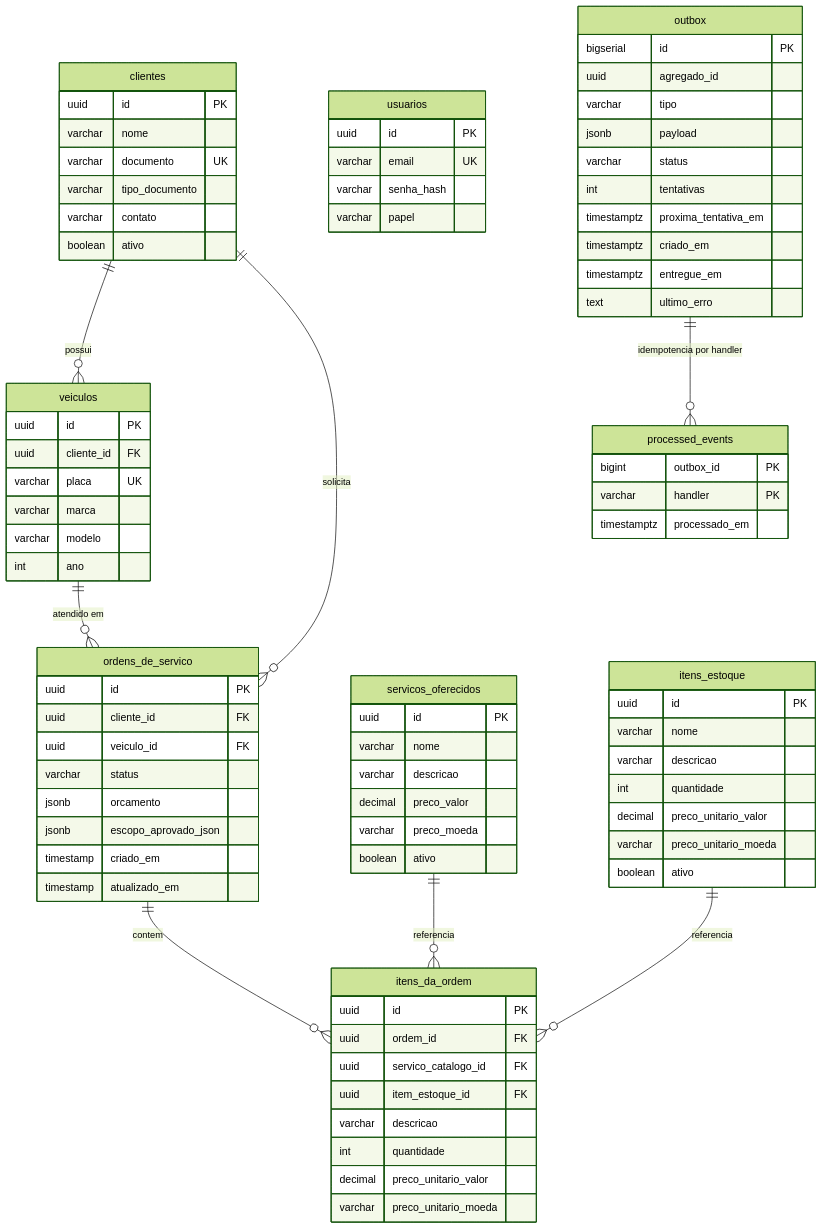
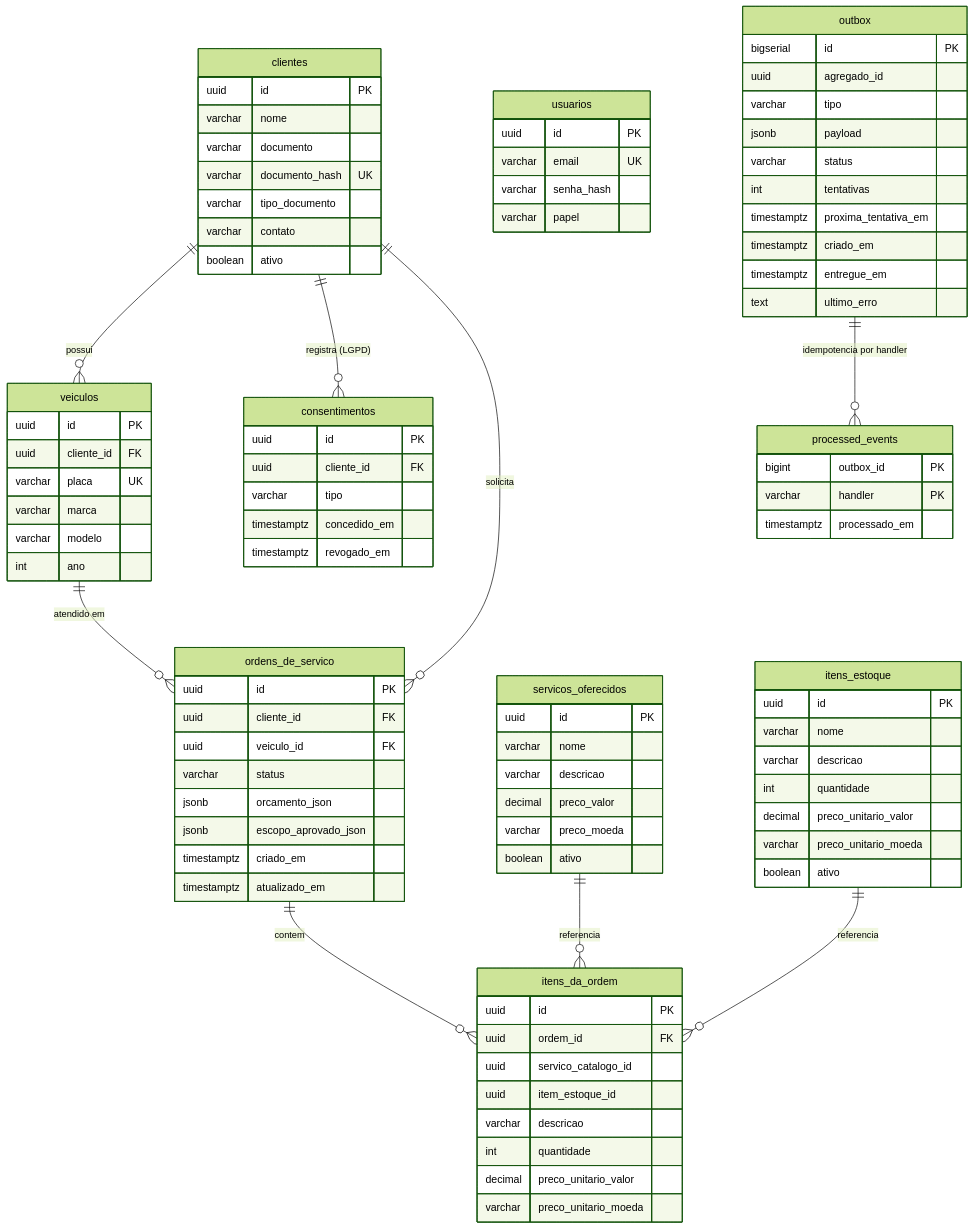
The first of 4 diagrams in docs/arquitetura/rfc/fase3/rfc-003-gateway-serverless-observabilidade.md (fiap-postech-sw-architecture/postech-sw-arch-p3), drawn with Mermaid (forest theme) before and after one commit. The commit also changed other lines of this file and 19 other files, not shown here.

```diff
--- a/docs/arquitetura/rfc/fase3/rfc-003-gateway-serverless-observabilidade.md
+++ b/docs/arquitetura/rfc/fase3/rfc-003-gateway-serverless-observabilidade.md
@@ -95,10 +95,18 @@
     clientes {
         uuid id PK
         varchar nome
-        varchar documento UK
+        varchar documento
+        varchar documento_hash UK
         varchar tipo_documento
         varchar contato
         boolean ativo
+    }
+    consentimentos {
+        uuid id PK
+        uuid cliente_id FK
+        varchar tipo
+        timestamptz concedido_em
+        timestamptz revogado_em
     }
     veiculos {
         uuid id PK
@@ -113,16 +121,16 @@
         uuid cliente_id FK
         uuid veiculo_id FK
         varchar status
-        jsonb orcamento
+        jsonb orcamento_json
         jsonb escopo_aprovado_json
-        timestamp criado_em
-        timestamp atualizado_em
+        timestamptz criado_em
+        timestamptz atualizado_em
     }
     itens_da_ordem {
         uuid id PK
         uuid ordem_id FK
-        uuid servico_catalogo_id FK
-        uuid item_estoque_id FK
+        uuid servico_catalogo_id
+        uuid item_estoque_id
         varchar descricao
         int quantidade
         decimal preco_unitario_valor
@@ -170,6 +178,7 @@
     }
 
     clientes ||--o{ veiculos : "possui"
+    clientes ||--o{ consentimentos : "registra (LGPD)"
     clientes ||--o{ ordens_de_servico : "solicita"
     veiculos ||--o{ ordens_de_servico : "atendido em"
     ordens_de_servico ||--o{ itens_da_ordem : "contem"
```
